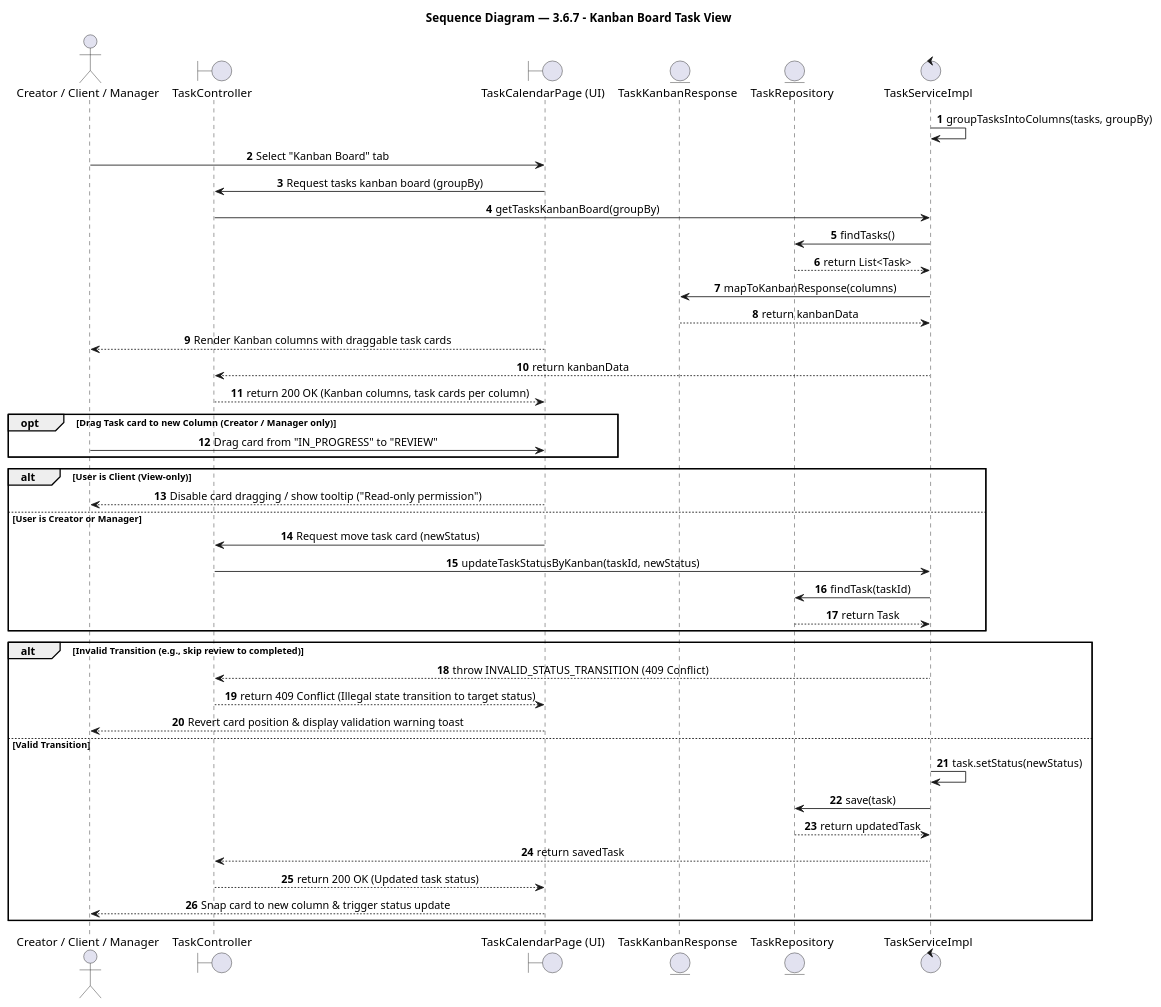
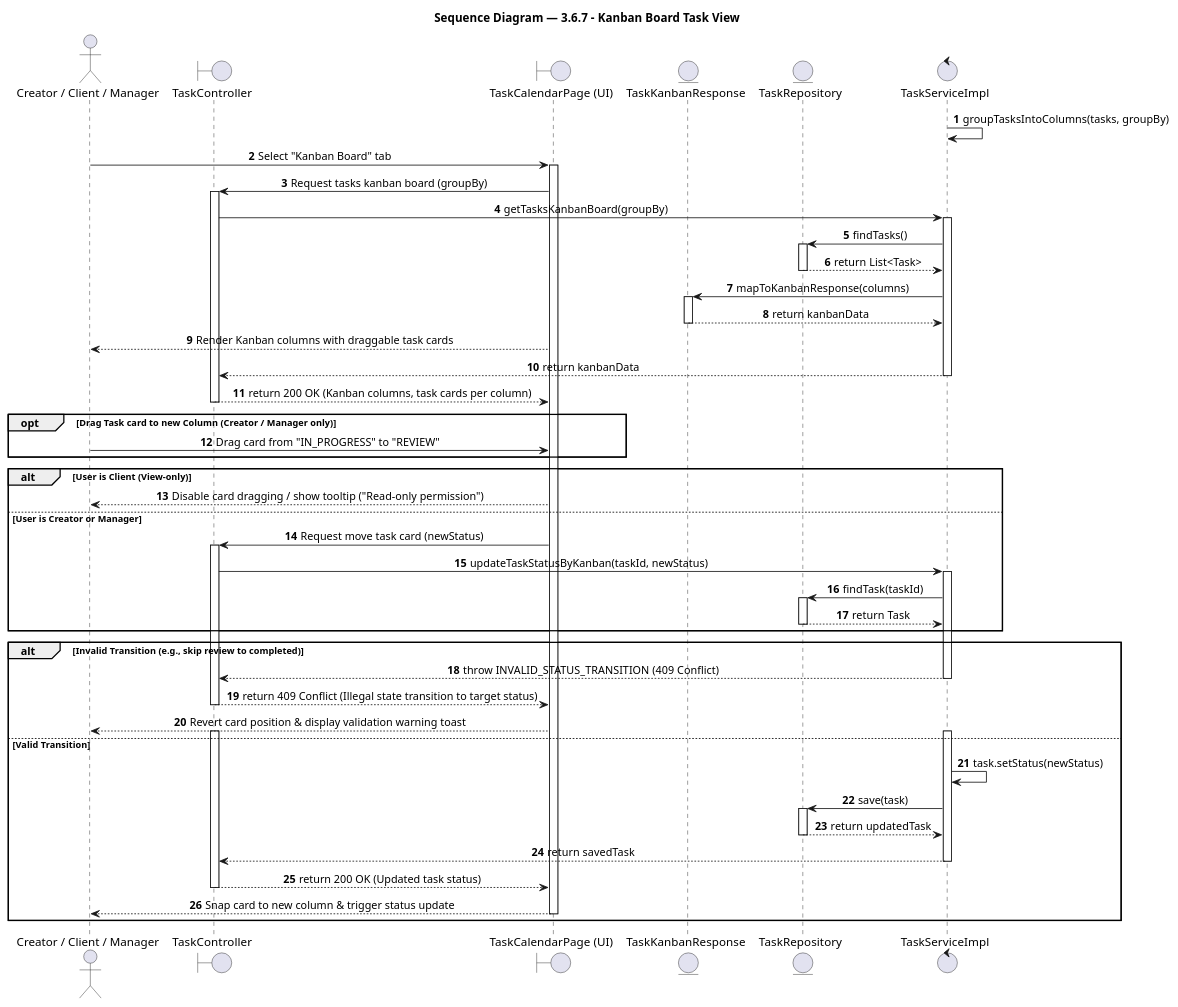
One commit to BrandHubOrganization/brandhub-infrastructure changed the diagram in docs/feature/content-task-workflow/3-6-7-kanban-board-task-view/report4_sequence.puml. Above: the diagram before and after it, drawn with PlantUML. The commit also changed 149 other files, not shown here.

Commit message:
docs(sequence): fix activation bars across all sequence diagrams according to UML 2.5 rules

```diff
--- a/docs/feature/content-task-workflow/3-6-7-kanban-board-task-view/report4_sequence.puml
+++ b/docs/feature/content-task-workflow/3-6-7-kanban-board-task-view/report4_sequence.puml
@@ -1,59 +1,81 @@
 @startuml 3.6.7 - Kanban Board Task View
 title Sequence Diagram — 3.6.7 - Kanban Board Task View
 
 autonumber
 skinparam shadowing false
 skinparam sequenceMessageAlign center
 skinparam BoxPadding 10
 skinparam ParticipantPadding 10
 
 ' === Participants ===
 actor "Creator / Client / Manager" as creatorclientmanager
 boundary "TaskController" as taskcontroller
 boundary "TaskCalendarPage (UI)" as taskcalendarpageui
 entity "TaskKanbanResponse" as taskkanbanresponse
 entity "TaskRepository" as taskrepository
 control "TaskServiceImpl" as taskserviceimpl
 
 ' === Flow ===
 taskserviceimpl -> taskserviceimpl: groupTasksIntoColumns(tasks, groupBy)
 creatorclientmanager -> taskcalendarpageui: Select "Kanban Board" tab
+activate taskcalendarpageui
 taskcalendarpageui -> taskcontroller: Request tasks kanban board (groupBy)
+activate taskcontroller
 taskcontroller -> taskserviceimpl: getTasksKanbanBoard(groupBy)
+activate taskserviceimpl
 taskserviceimpl -> taskrepository: findTasks()
+activate taskrepository
 taskrepository --> taskserviceimpl: return List<Task>
+deactivate taskrepository
 taskserviceimpl -> taskkanbanresponse: mapToKanbanResponse(columns)
+activate taskkanbanresponse
 taskkanbanresponse --> taskserviceimpl: return kanbanData
+deactivate taskkanbanresponse
 taskcalendarpageui --> creatorclientmanager: Render Kanban columns with draggable task cards
 taskserviceimpl --> taskcontroller: return kanbanData
+deactivate taskserviceimpl
 taskcontroller --> taskcalendarpageui: return 200 OK (Kanban columns, task cards per column)
+deactivate taskcontroller
 
 opt Drag Task card to new Column (Creator / Manager only)
   creatorclientmanager -> taskcalendarpageui: Drag card from "IN_PROGRESS" to "REVIEW"
 end
 
 
 alt User is Client (View-only)
   taskcalendarpageui --> creatorclientmanager: Disable card dragging / show tooltip ("Read-only permission")
 else User is Creator or Manager
   taskcalendarpageui -> taskcontroller: Request move task card (newStatus)
+  activate taskcontroller
   taskcontroller -> taskserviceimpl: updateTaskStatusByKanban(taskId, newStatus)
+  activate taskserviceimpl
   taskserviceimpl -> taskrepository: findTask(taskId)
+  activate taskrepository
   taskrepository --> taskserviceimpl: return Task
+  deactivate taskrepository
 end
 
 
 alt Invalid Transition (e.g., skip review to completed)
   taskserviceimpl --> taskcontroller: throw INVALID_STATUS_TRANSITION (409 Conflict)
+  deactivate taskserviceimpl
   taskcontroller --> taskcalendarpageui: return 409 Conflict (Illegal state transition to target status)
+  deactivate taskcontroller
   taskcalendarpageui --> creatorclientmanager: Revert card position & display validation warning toast
 else Valid Transition
+  activate taskserviceimpl
+  activate taskcontroller
   taskserviceimpl -> taskserviceimpl: task.setStatus(newStatus)
   taskserviceimpl -> taskrepository: save(task)
+  activate taskrepository
   taskrepository --> taskserviceimpl: return updatedTask
+  deactivate taskrepository
   taskserviceimpl --> taskcontroller: return savedTask
+  deactivate taskserviceimpl
   taskcontroller --> taskcalendarpageui: return 200 OK (Updated task status)
+  deactivate taskcontroller
   taskcalendarpageui --> creatorclientmanager: Snap card to new column & trigger status update
+  deactivate taskcalendarpageui
 end
 
 @enduml
```
